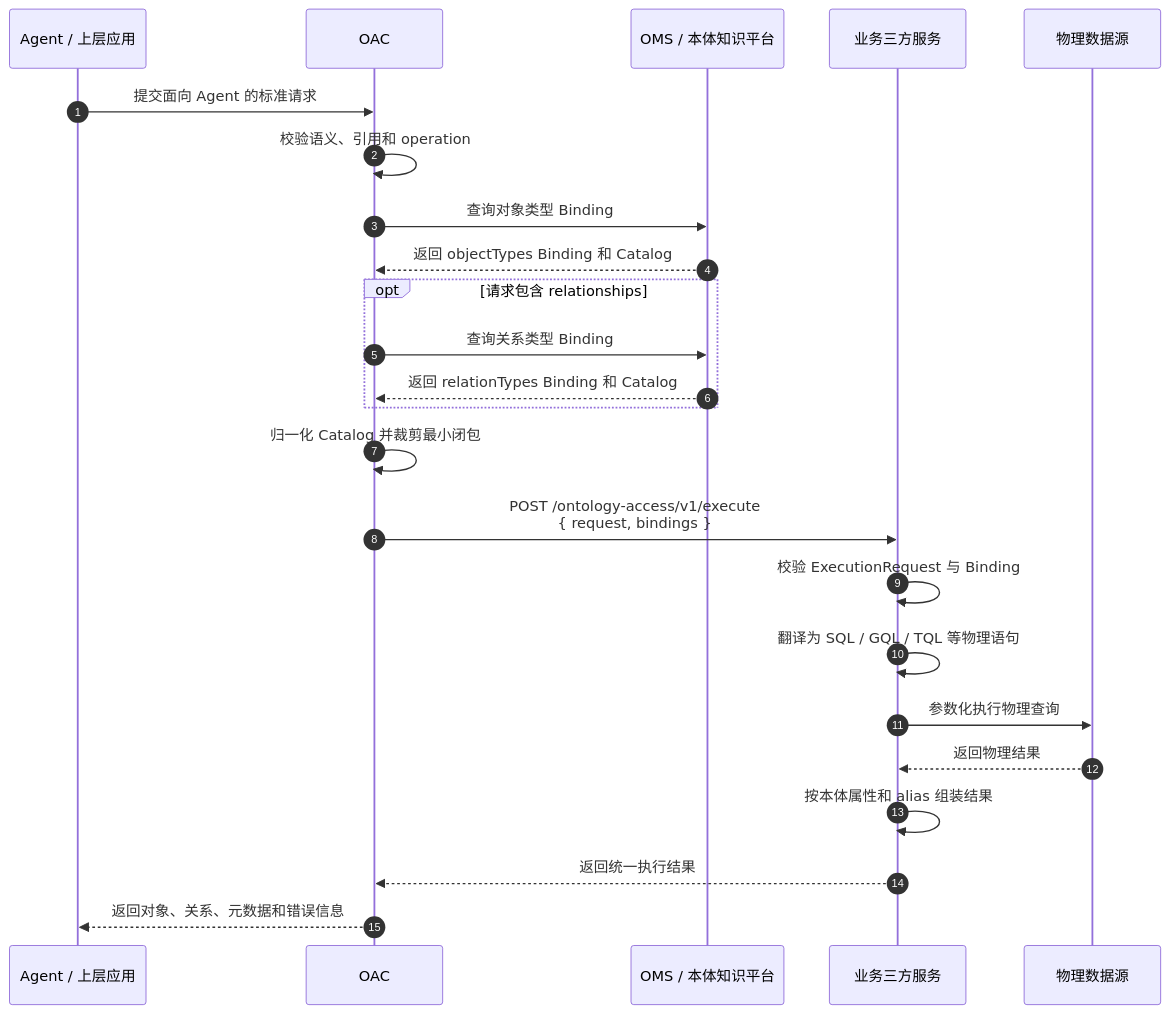
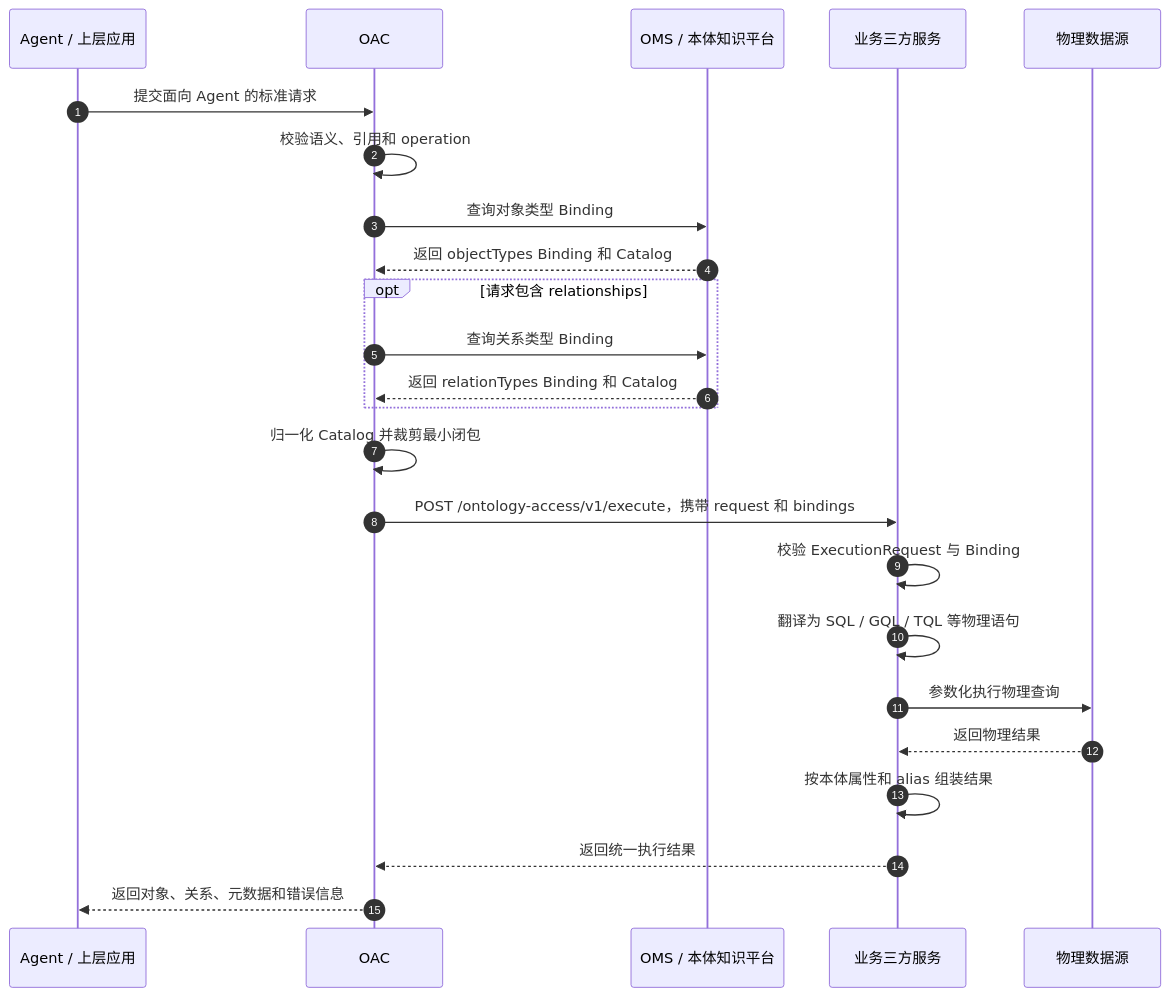
Before and after one commit to cfwl100/onology_dsl: the first of 2 diagrams in OAC业务三方定制接口开发规范.md, drawn with Mermaid. The commit also changed other lines of this file, not shown here.

Commit message:
docs: normalize Mermaid labels

````diff
--- a/OAC业务三方定制接口开发规范.md
+++ b/OAC业务三方定制接口开发规范.md
@@ -73,27 +73,27 @@
 ```mermaid
 sequenceDiagram
     autonumber
     participant A as Agent / 上层应用
     participant O as OAC
     participant M as OMS / 本体知识平台
     participant T as 业务三方服务
     participant D as 物理数据源
 
     A->>O: 提交面向 Agent 的标准请求
     O->>O: 校验语义、引用和 operation
     O->>M: 查询对象类型 Binding
     M-->>O: 返回 objectTypes Binding 和 Catalog
     opt 请求包含 relationships
         O->>M: 查询关系类型 Binding
         M-->>O: 返回 relationTypes Binding 和 Catalog
     end
     O->>O: 归一化 Catalog 并裁剪最小闭包
-    O->>T: POST /ontology-access/v1/execute<br/>{ request, bindings }
+    O->>T: POST /ontology-access/v1/execute，携带 request 和 bindings
     T->>T: 校验 ExecutionRequest 与 Binding
     T->>T: 翻译为 SQL / GQL / TQL 等物理语句
     T->>D: 参数化执行物理查询
     D-->>T: 返回物理结果
     T->>T: 按本体属性和 alias 组装结果
     T-->>O: 返回统一执行结果
     O-->>A: 返回对象、关系、元数据和错误信息
 ```
````
